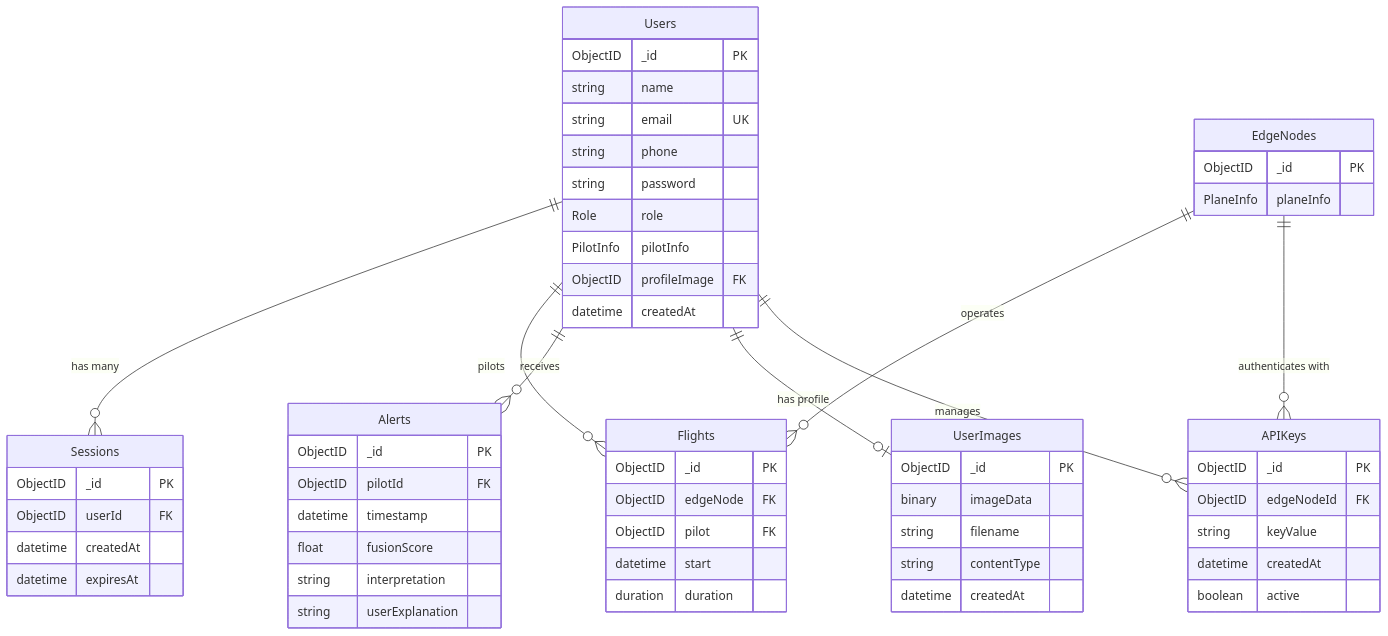
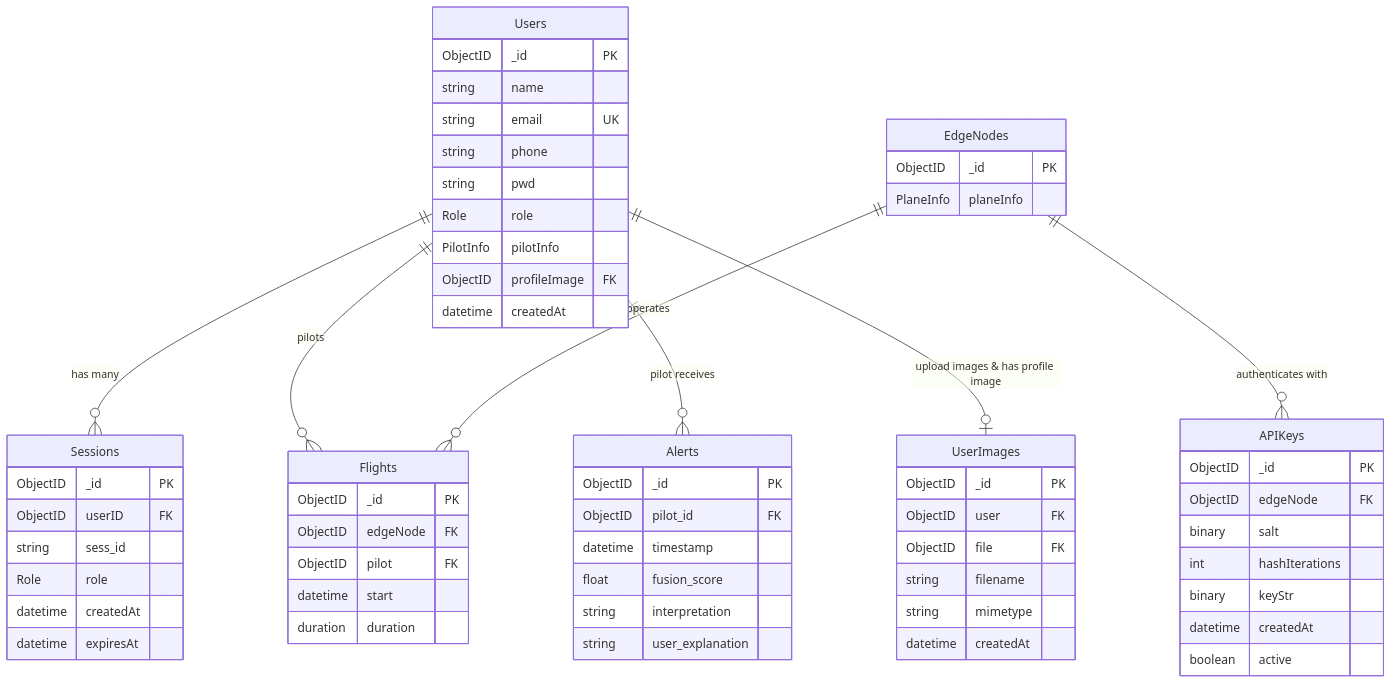
The first of 2 diagrams in docs/assignment2.md (RoundRobinHood/cogniflight-cloud), drawn with Mermaid before and after one commit.

````diff
--- a/docs/assignment2.md
+++ b/docs/assignment2.md
@@ -77,67 +77,71 @@
 ```mermaid
 erDiagram
     Users {
         ObjectID _id PK
         string name
         string email UK
         string phone
-        string password
+        string pwd
         Role role
         PilotInfo pilotInfo
         ObjectID profileImage FK
         datetime createdAt
     }
     
     Sessions {
         ObjectID _id PK
-        ObjectID userId FK
+        ObjectID userID FK
+        string sess_id
+        Role role
         datetime createdAt
         datetime expiresAt
     }
     
     EdgeNodes {
         ObjectID _id PK
         PlaneInfo planeInfo
     }
     
     Flights {
         ObjectID _id PK
         ObjectID edgeNode FK
         ObjectID pilot FK
         datetime start
         duration duration
     }
     
     Alerts {
         ObjectID _id PK
-        ObjectID pilotId FK
+        ObjectID pilot_id FK
         datetime timestamp
-        float fusionScore
+        float fusion_score
         string interpretation
-        string userExplanation
+        string user_explanation
     }
     
     APIKeys {
         ObjectID _id PK
-        ObjectID edgeNodeId FK
-        string keyValue
+        ObjectID edgeNode FK
+        binary salt
+        int hashIterations
+        binary keyStr
         datetime createdAt
         boolean active
     }
     
     UserImages {
         ObjectID _id PK
-        binary imageData
+        ObjectID user FK
+        ObjectID file FK
         string filename
-        string contentType
+        string mimetype
         datetime createdAt
     }
 
     Users ||--o{ Sessions : "has many"
     Users ||--o{ Flights : "pilots" 
-    Users ||--o{ Alerts : "receives"
-    Users ||--o| UserImages : "has profile"
+    Users ||--o{ Alerts : "pilot receives"
+    Users ||--o| UserImages : "upload images & has profile image"
     EdgeNodes ||--o{ Flights : "operates"
     EdgeNodes ||--o{ APIKeys : "authenticates with"
-    Users ||--o{ APIKeys : "manages"
 ```
````
